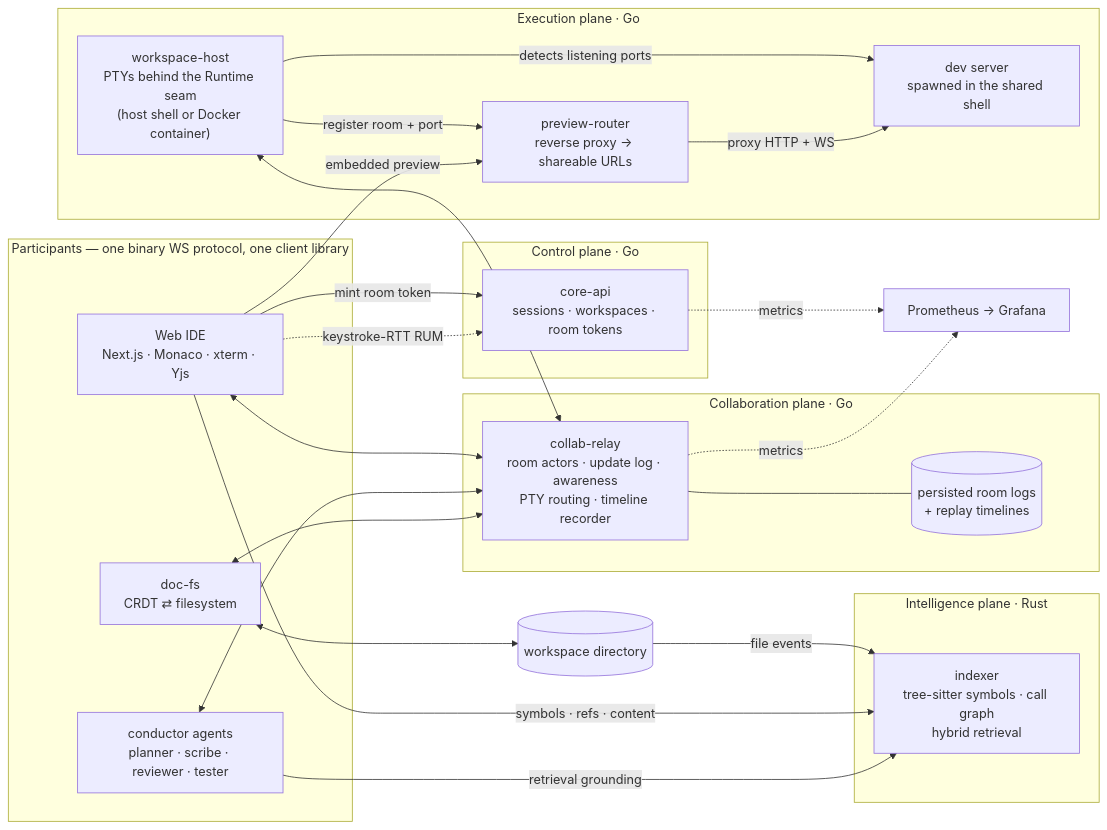
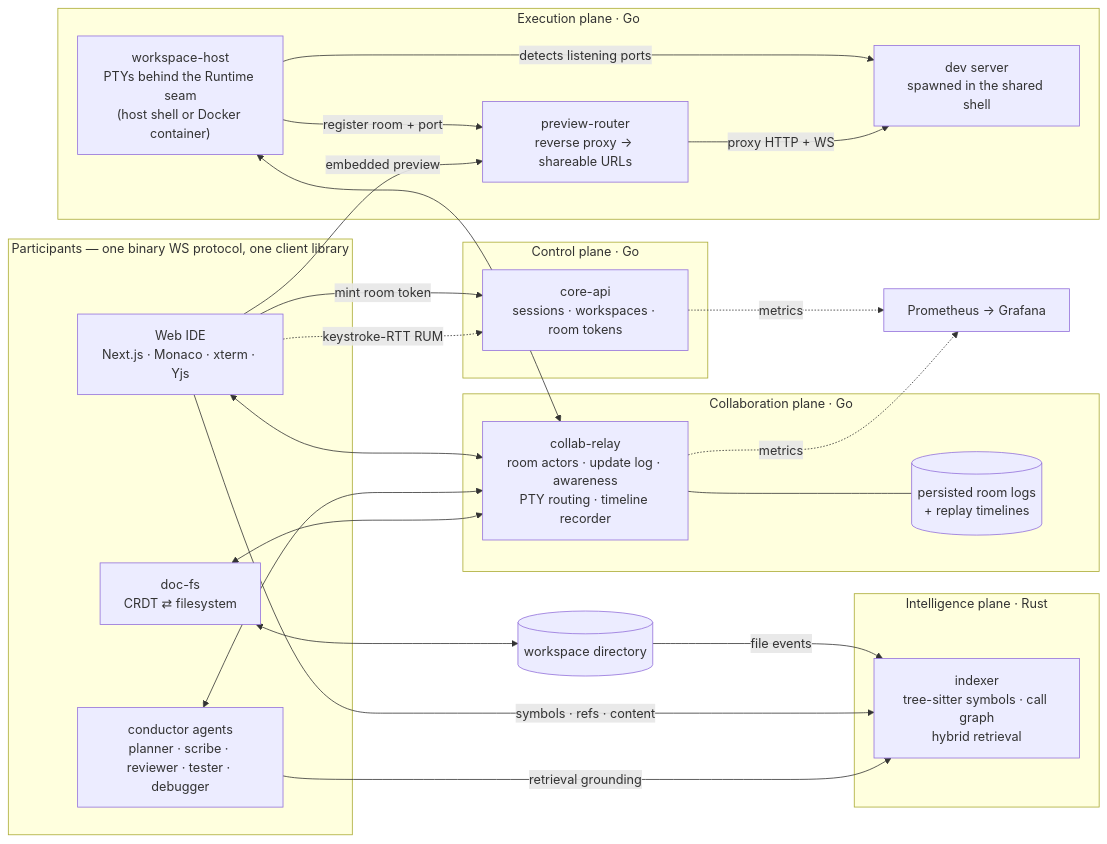
The diagram in README.md (varunpatil5050/Atelier), drawn with Mermaid before and after one commit. The commit also changed other lines of this file and 10 other files, not shown here.

````diff
--- a/README.md
+++ b/README.md
@@ -53,48 +55,48 @@
 ```mermaid
 flowchart LR
   subgraph P["Participants — one binary WS protocol, one client library"]
     IDE["Web IDE<br/>Next.js · Monaco · xterm · Yjs"]
-    AGT["conductor agents<br/>planner · scribe · reviewer · tester"]
+    AGT["conductor agents<br/>planner · scribe · reviewer · tester · debugger"]
     DFS["doc-fs<br/>CRDT ⇄ filesystem"]
   end
 
   subgraph C["Collaboration plane · Go"]
     RLY["collab-relay<br/>room actors · update log · awareness<br/>PTY routing · timeline recorder"]
     LOGS[("persisted room logs<br/>+ replay timelines")]
   end
 
   subgraph E["Execution plane · Go"]
     WSH["workspace-host<br/>PTYs behind the Runtime seam<br/>(host shell or Docker container)"]
     DEV["dev server<br/>spawned in the shared shell"]
     PRV["preview-router<br/>reverse proxy → shareable URLs"]
   end
 
   subgraph I["Intelligence plane · Rust"]
     IDX["indexer<br/>tree-sitter symbols · call graph<br/>hybrid retrieval"]
   end
 
   subgraph K["Control plane · Go"]
     API["core-api<br/>sessions · workspaces · room tokens"]
   end
 
   DIR[("workspace directory")]
   OBS["Prometheus → Grafana"]
 
   IDE <--> RLY
   AGT <--> RLY
   DFS <--> RLY
   WSH <--> RLY
   RLY --- LOGS
   DFS <--> DIR
   DIR -->|file events| IDX
   IDE -->|symbols · refs · content| IDX
   AGT -->|retrieval grounding| IDX
   IDE -->|mint room token| API
   WSH -->|detects listening ports| DEV
   WSH -->|register room + port| PRV
   PRV -->|proxy HTTP + WS| DEV
   IDE -->|embedded preview| PRV
   RLY -.->|metrics| OBS
   API -.->|metrics| OBS
   IDE -.->|keystroke-RTT RUM| API
 ```
````
